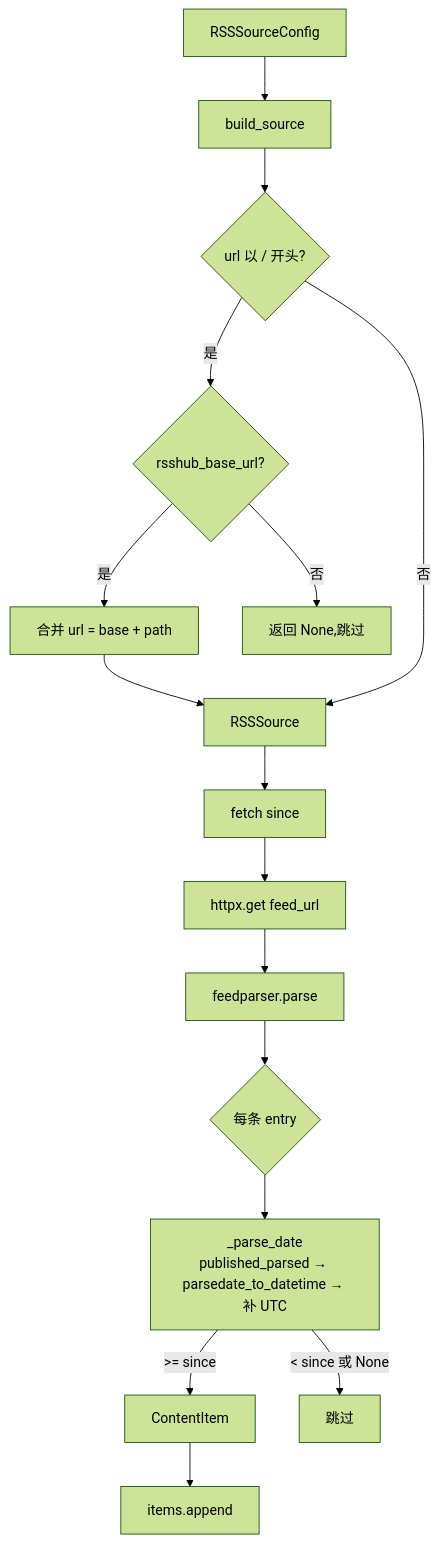
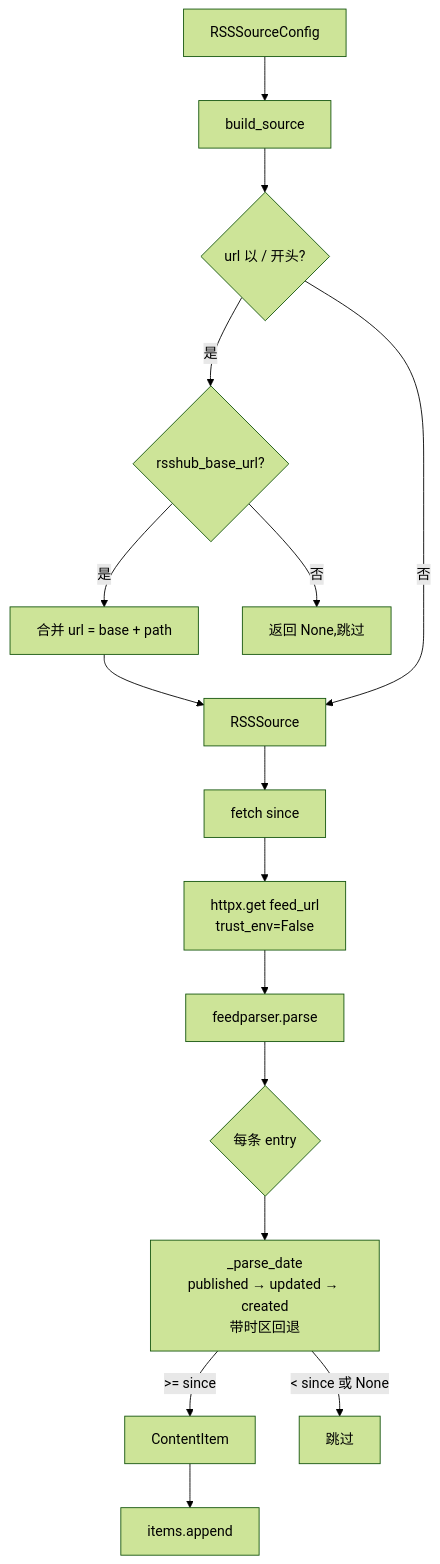
The sixth of 6 diagrams in docs/FLOW/README.md (int2t05/rss-reader), drawn with Mermaid (forest theme) before and after one commit. The commit also changed other lines of this file and 8 other files, not shown here.

First line of the commit message:
docs: 文档全量重构 — 只保留 prd/tech/todo/api/flow 五类,删无关文件

````diff
--- a/docs/FLOW/README.md
+++ b/docs/FLOW/README.md
@@ -89,18 +95,18 @@
 ```mermaid
 flowchart TB
     CFG[RSSSourceConfig] --> BUILD[build_source]
     BUILD --> ISRSSHUB{url 以 / 开头?}
     ISRSSHUB -->|是| HASBASE{rsshub_base_url?}
     HASBASE -->|是| MERGE[合并 url = base + path]
     HASBASE -->|否| SKIP[返回 None,跳过]
     MERGE --> RSS[RSSSource]
     ISRSSHUB -->|否| RSS
     RSS --> FETCH[fetch since]
-    FETCH --> HTTP[httpx.get feed_url]
+    FETCH --> HTTP[httpx.get feed_url<br/>trust_env=False]
     HTTP --> PARSE[feedparser.parse]
     PARSE --> ENTRY{每条 entry}
-    ENTRY --> DATE[_parse_date<br/>published_parsed → parsedate_to_datetime → 补 UTC]
+    ENTRY --> DATE[_parse_date<br/>published → updated → created<br/>带时区回退]
     DATE -->|>= since| ITEM[ContentItem]
     DATE -->|< since 或 None| SKIP2[跳过]
     ITEM --> LIST[items.append]
 ```
````
